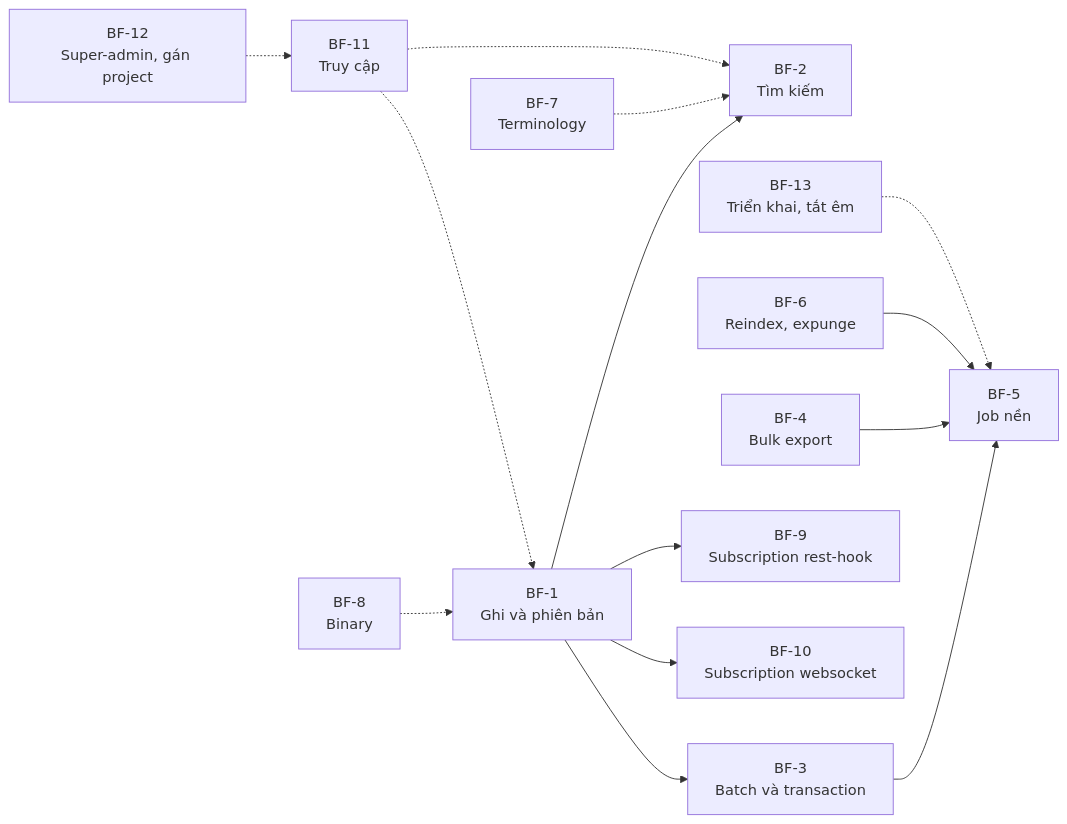
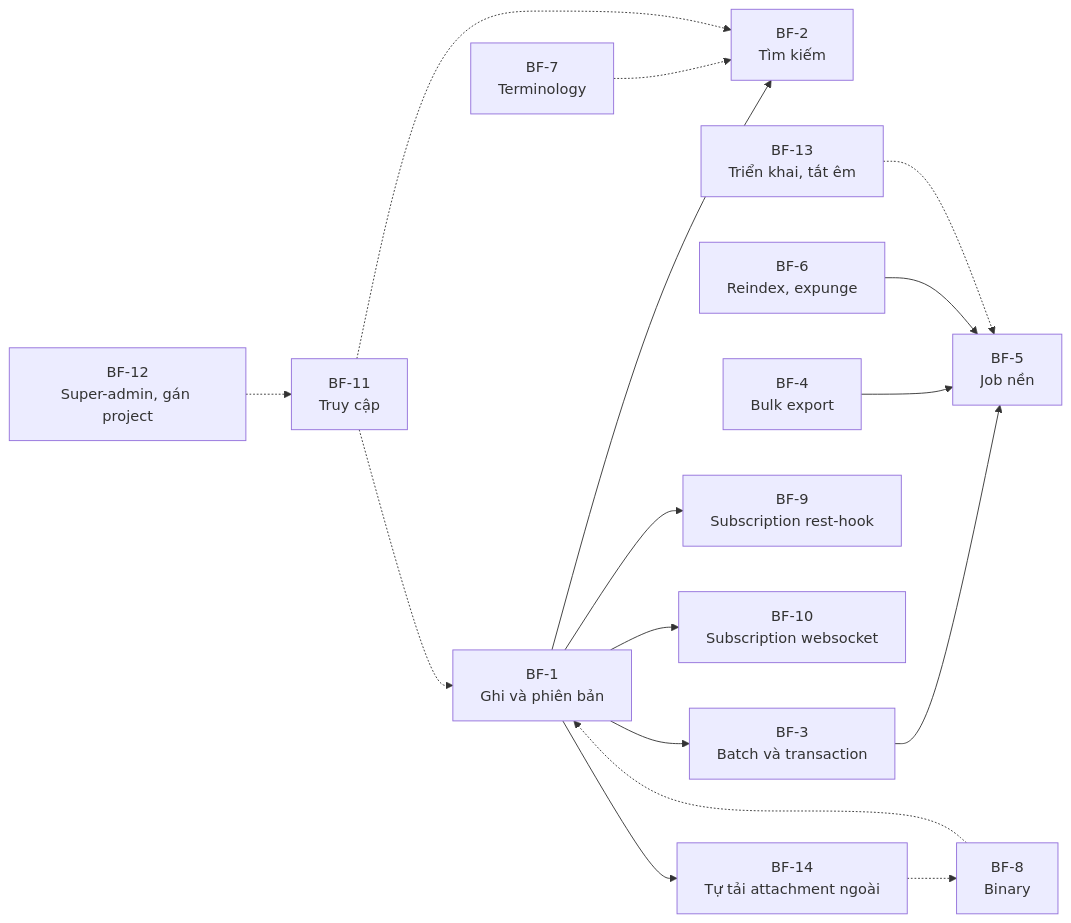
The first of 19 diagrams in apps/fhir-server/docs/business/02-luong-nghiep-vu.md (hoc-nguyenthai/medplum), drawn with Mermaid before and after one commit. The commit also changed other lines of this file and 6 other files, not shown here.

First line of the commit message:
Tài liệu nghiệp vụ fhir-server: thêm F-28 tự tải attachment ngoài (BR-66..71, BF-14, AT-65..73)

````diff
--- a/apps/fhir-server/docs/business/02-luong-nghiep-vu.md
+++ b/apps/fhir-server/docs/business/02-luong-nghiep-vu.md
@@ -5,16 +5,18 @@
 ```mermaid
 flowchart LR
     A["BF-1<br/>Ghi và phiên bản"] --> B["BF-2<br/>Tìm kiếm"]
     A --> C["BF-3<br/>Batch và transaction"]
     C --> E["BF-5<br/>Job nền"]
     D["BF-4<br/>Bulk export"] --> E
     F["BF-6<br/>Reindex, expunge"] --> E
     G["BF-7<br/>Terminology"] -.-> B
     H["BF-8<br/>Binary"] -.-> A
     A --> I["BF-9<br/>Subscription rest-hook"]
     A --> J["BF-10<br/>Subscription websocket"]
     K["BF-11<br/>Truy cập"] -.-> A
     K -.-> B
     L["BF-12<br/>Super-admin, gán project"] -.-> K
     M["BF-13<br/>Triển khai, tắt êm"] -.-> E
+    N["BF-14<br/>Tự tải attachment ngoài"] -.-> H
+    A --> N
 ```
````
